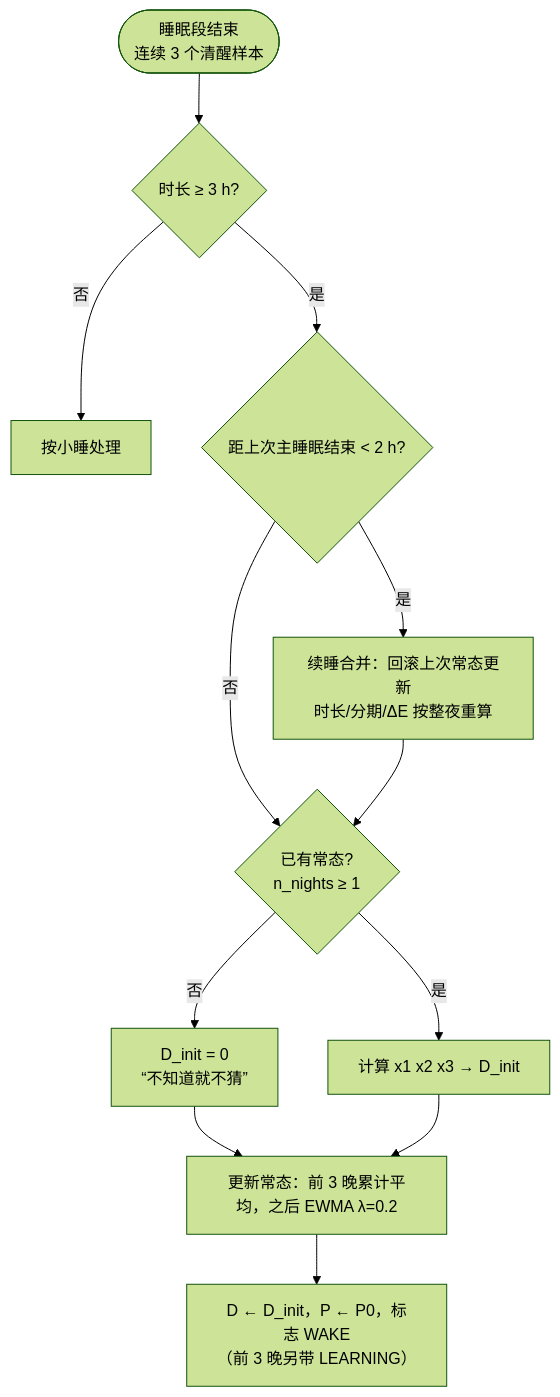
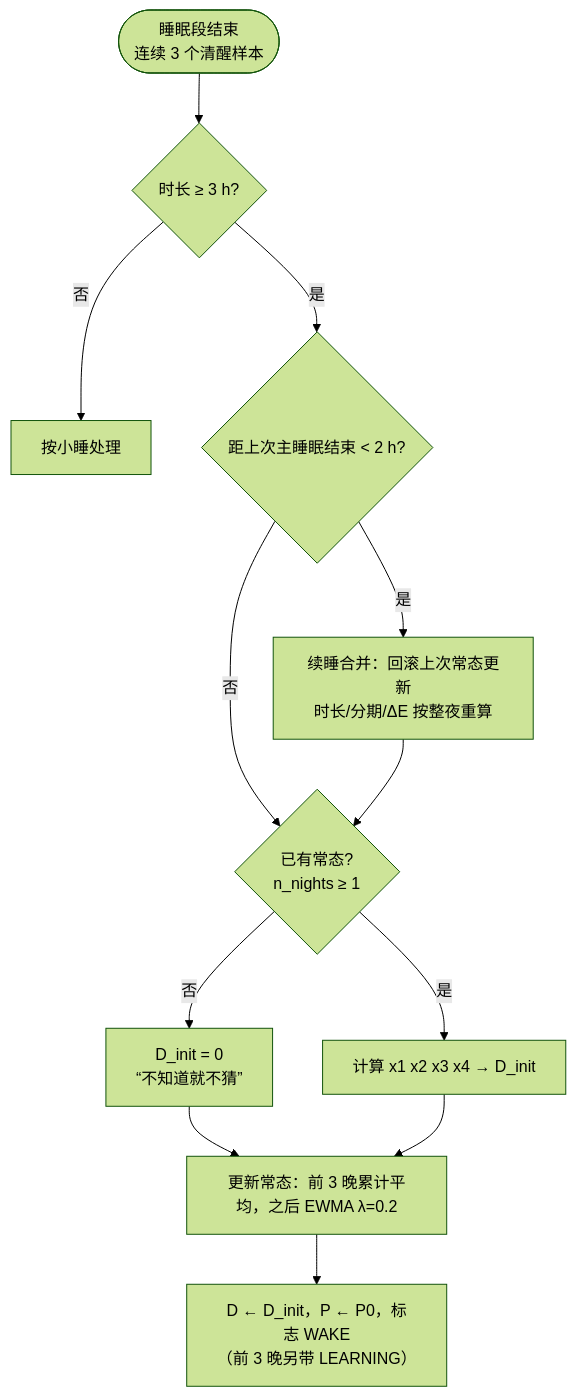
One commit to jackyLens/energy-state-c changed the fourth of 4 diagrams in docs/vitality_design.md. Above: the diagram before and after it, drawn with Mermaid (forest theme). The commit also changed other lines of this file and 16 other files, not shown here.

Commit message:
vitality v1.1: 夜间血氧平稳度作为晨起初始化第四项（spo2/spo2_min 样本字段、直方图统计、常态学习、SPO2/BREATH 标志、CLI 列、测试、文档）

````diff
--- a/docs/vitality_design.md
+++ b/docs/vitality_design.md
@@ -228,14 +229,14 @@
 ```mermaid
 flowchart TD
     A([睡眠段结束<br/>连续 3 个清醒样本]) --> B{时长 ≥ 3 h?}
     B -- 否 --> N[按小睡处理]
     B -- 是 --> C{距上次主睡眠结束 < 2 h?}
     C -- 是 --> M[续睡合并：回滚上次常态更新<br/>时长/分期/ΔE 按整夜重算]
     C -- 否 --> D
     M --> D{已有常态?<br/>n_nights ≥ 1}
     D -- 否 --> Z[D_init = 0<br/>“不知道就不猜”]
-    D -- 是 --> X[计算 x1 x2 x3 → D_init]
+    D -- 是 --> X[计算 x1 x2 x3 x4 → D_init]
     Z --> H[更新常态：前 3 晚累计平均，之后 EWMA λ=0.2]
     X --> H
     H --> O[D ← D_init，P ← P0，标志 WAKE<br/>（前 3 晚另带 LEARNING）]
 ```
````
